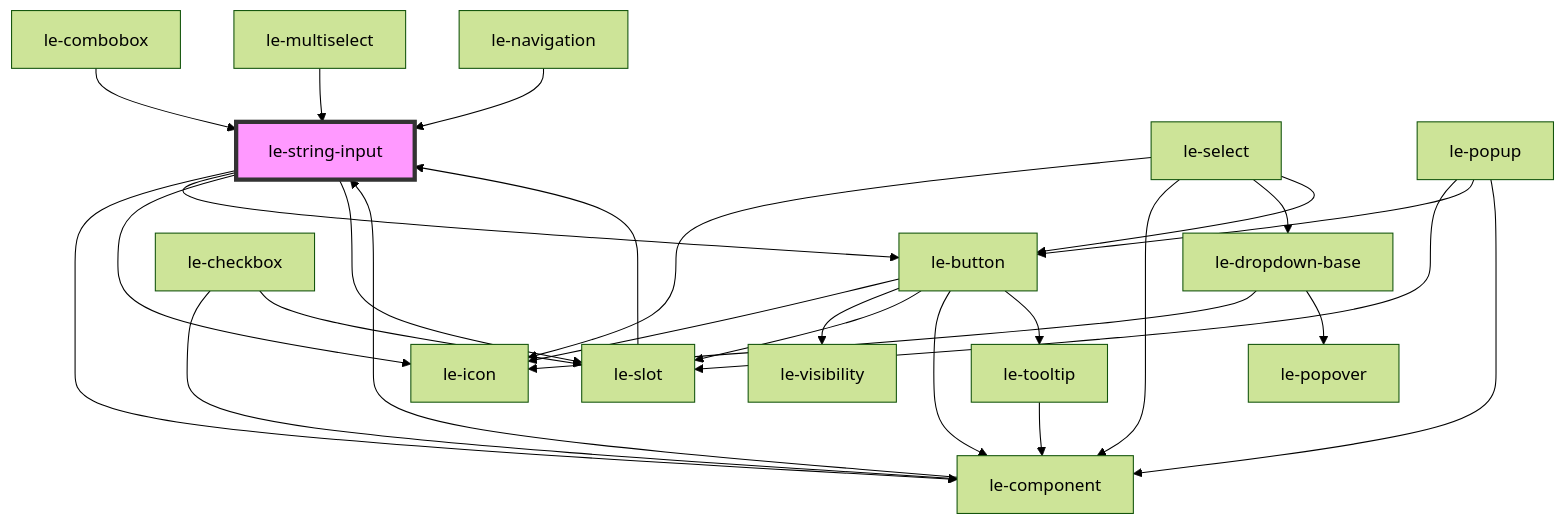
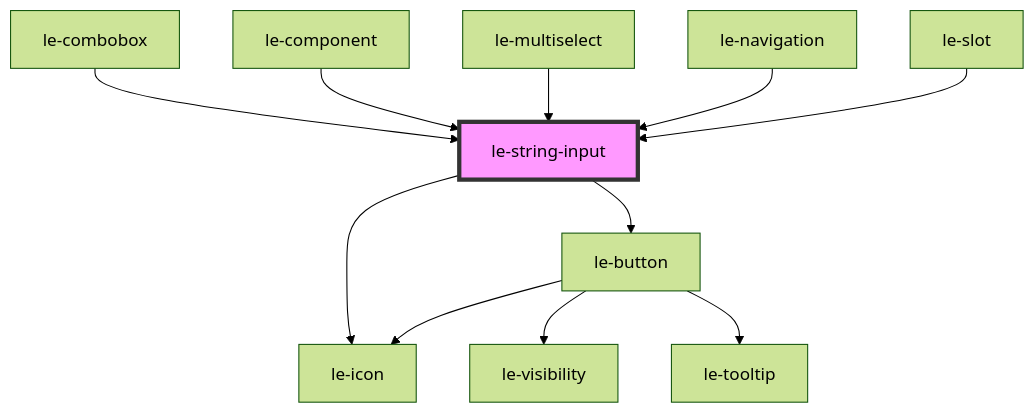
Before and after one commit to leechy/le-kit: the diagram in packages/core/src/components/le-string-input/readme.md, drawn with Mermaid (forest theme). The commit also changed other lines of this file and 44 other files, not shown here.

````diff
--- a/packages/core/src/components/le-string-input/readme.md
+++ b/packages/core/src/components/le-string-input/readme.md
@@ -76,30 +74,14 @@
 ```mermaid
 graph TD;
-  le-string-input --> le-component
   le-string-input --> le-button
   le-string-input --> le-icon
-  le-string-input --> le-slot
-  le-component --> le-string-input
   le-button --> le-icon
   le-button --> le-visibility
-  le-button --> le-slot
-  le-button --> le-component
   le-button --> le-tooltip
-  le-slot --> le-string-input
-  le-tooltip --> le-component
-  le-select --> le-icon
-  le-select --> le-component
-  le-select --> le-dropdown-base
-  le-select --> le-button
-  le-dropdown-base --> le-icon
-  le-dropdown-base --> le-popover
-  le-checkbox --> le-component
-  le-checkbox --> le-slot
-  le-popup --> le-slot
-  le-popup --> le-button
-  le-popup --> le-component
   le-combobox --> le-string-input
+  le-component --> le-string-input
   le-multiselect --> le-string-input
   le-navigation --> le-string-input
+  le-slot --> le-string-input
   style le-string-input fill:#f9f,stroke:#333,stroke-width:4px
 ```
````
